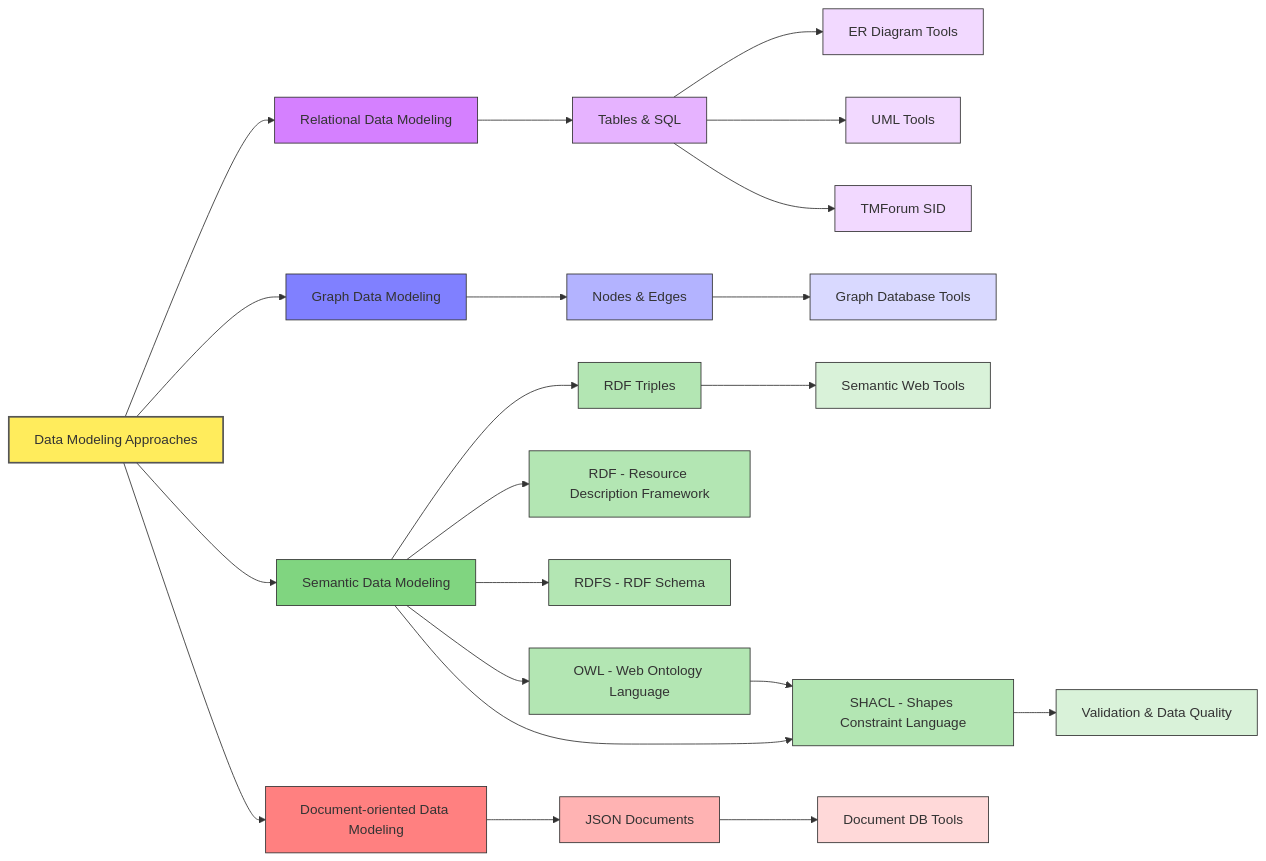
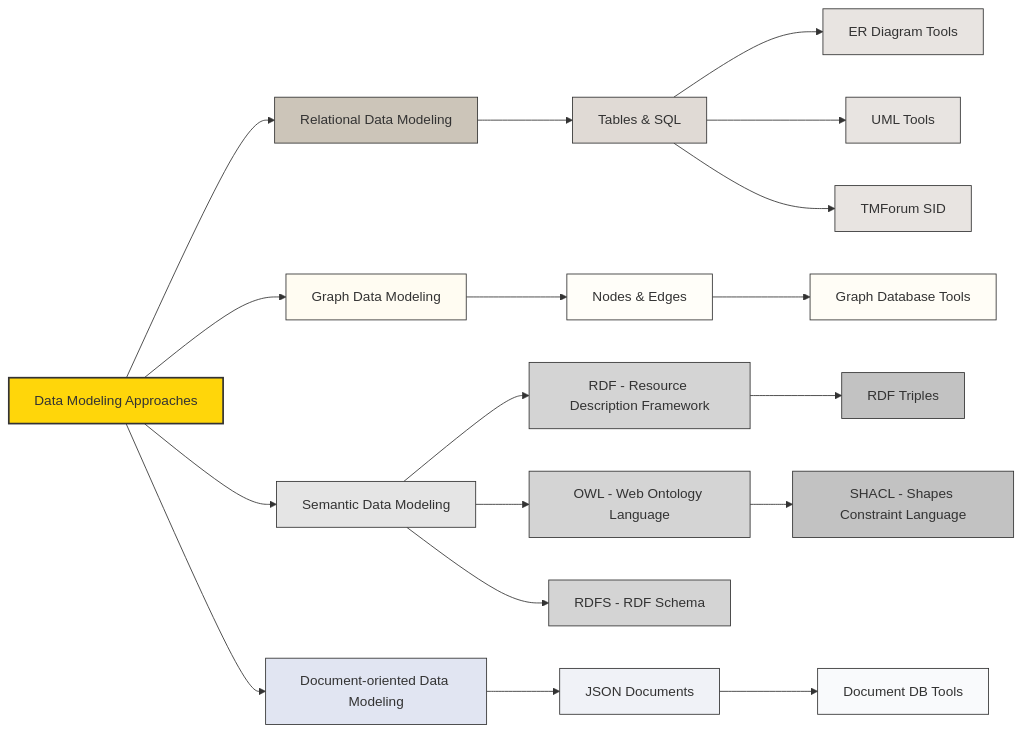
One commit to kanad13/data_modeling changed the first of 2 diagrams in readme.md. Above: the diagram before and after it, drawn with Mermaid. The commit also changed other lines of this file and 1 other file, not shown here.

Commit message:
hyperlinks added

````diff
--- a/readme.md
+++ b/readme.md
@@ -12,67 +12,67 @@
 ```mermaid
 graph LR
     %% Main node
     DM[Data Modeling Approaches]
-
-    %% Main approaches
-    RDM[Relational Data Modeling]
-    GDM[Graph Data Modeling]
-    SDM[Semantic Data Modeling]
-    DDM[Document-oriented Data Modeling]
+    style DM fill:#ffd60a,stroke:#333,stroke-width:2px
 
     %% First level connections
     DM --> RDM
     DM --> GDM
     DM --> SDM
     DM --> DDM
 
-    %% Implementations
-    RDM --> Tables[Tables & SQL]
-    GDM --> NodesEdges[Nodes & Edges]
-    SDM --> Triples[RDF Triples]
-    DDM --> Documents[JSON Documents]
+    %% Main approaches - Parent Level 1
+    RDM[Relational Data Modeling]
+    GDM[Graph Data Modeling]
+    SDM[Semantic Data Modeling]
+    DDM[Document-oriented Data Modeling]
+    style RDM fill:#ccc5b9,stroke:#333,stroke-width:1px,color:#333
+    style GDM fill:#fffcf2,stroke:#333,stroke-width:1px,color:#333
+    style SDM fill:#e5e5e5,stroke:#333,stroke-width:1px,color:#333
+    style DDM fill:#e1e5f2,stroke:#333,stroke-width:1px,color:#333
 
-    %% Tools and Technologies
-    Tables --> ERTools[ER Diagram Tools]
-    Tables --> UMLTools[UML Tools]
-    Tables --> TMFSID[TMForum SID]
-    NodesEdges --> GraphTools[Graph Database Tools]
-    Triples --> SemanticTools[Semantic Web Tools]
-    Documents --> DocumentTools[Document DB Tools]
+    %% First level Implementations - Parent Level 2
+    Tables[Tables & SQL]
+    NodesEdges[Nodes & Edges]
+    Documents[JSON Documents]
+    RDM --> Tables
+    GDM --> NodesEdges
+    DDM --> Documents
+    style Tables fill:#e0dad5,stroke:#333,stroke-width:1px,color:#333
+    style NodesEdges fill:#fffef9,stroke:#333,stroke-width:1px,color:#333
+    style Documents fill:#f0f2f7,stroke:#333,stroke-width:1px,color:#333
 
-    %% Semantic Data Modeling specifics
-    SDM --> RDF[RDF - Resource Description Framework]
-    SDM --> RDFS[RDFS - RDF Schema]
-    SDM --> OWL[OWL - Web Ontology Language]
-    SDM --> SHACL[SHACL - Shapes Constraint Language]
+    %% Tools and Technologies & Semantic specifics - Parent Level 3
+    ERTools[ER Diagram Tools]
+    UMLTools[UML Tools]
+    TMFSID[TMForum SID]
+    GraphTools[Graph Database Tools]
+    DocumentTools[Document DB Tools]
+    RDF[RDF - Resource Description Framework]
+    RDFS[RDFS - RDF Schema]
+    OWL[OWL - Web Ontology Language]
+    Tables --> ERTools
+    Tables --> UMLTools
+    Tables --> TMFSID
+    NodesEdges --> GraphTools
+    Documents --> DocumentTools
+    SDM --> RDF
+    SDM --> RDFS
+    SDM --> OWL
+    style ERTools fill:#e8e4e1,stroke:#333,stroke-width:1px,color:#333
+    style UMLTools fill:#e8e4e1,stroke:#333,stroke-width:1px,color:#333
+    style TMFSID fill:#e8e4e1,stroke:#333,stroke-width:1px,color:#333
+    style GraphTools fill:#fffdf6,stroke:#333,stroke-width:1px,color:#333
+    style DocumentTools fill:#f9fafc,stroke:#333,stroke-width:1px,color:#333
+    style RDF fill:#d4d4d4,stroke:#333,stroke-width:1px,color:#333
+    style RDFS fill:#d4d4d4,stroke:#333,stroke-width:1px,color:#333
+    style OWL fill:#d4d4d4,stroke:#333,stroke-width:1px,color:#333
+
+    %% Semantic Data Modeling specifics - Deeper Level 4
+    Triples[RDF Triples]
+    SHACL[SHACL - Shapes Constraint Language]
+    RDF --> Triples
     OWL --> SHACL
-    SHACL --> Validation[Validation & Data Quality]
-
-    %% Styling main node
-    style DM fill:#ffec5c,stroke:#555,stroke-width:2px
-
-    %% Level 1 - Main approach nodes (darker shades)
-    style RDM fill:#d580ff,stroke:#333,stroke-width:1px
-    style GDM fill:#8080ff,stroke:#333,stroke-width:1px
-    style SDM fill:#80d580,stroke:#333,stroke-width:1px
-    style DDM fill:#ff8080,stroke:#333,stroke-width:1px
-
-    %% Level 2 - Implementation nodes (medium shades)
-    style Tables fill:#e6b3ff,stroke:#333,stroke-width:1px
-    style NodesEdges fill:#b3b3ff,stroke:#333,stroke-width:1px
-    style Triples fill:#b3e6b3,stroke:#333,stroke-width:1px
-    style Documents fill:#ffb3b3,stroke:#333,stroke-width:1px
-    style RDF fill:#b3e6b3,stroke:#333,stroke-width:1px
-    style RDFS fill:#b3e6b3,stroke:#333,stroke-width:1px
-    style OWL fill:#b3e6b3,stroke:#333,stroke-width:1px
-    style SHACL fill:#b3e6b3,stroke:#333,stroke-width:1px
-
-    %% Level 3 - Tool nodes (lightest shades)
-    style ERTools fill:#f2d9ff,stroke:#333,stroke-width:1px
-    style UMLTools fill:#f2d9ff,stroke:#333,stroke-width:1px
-    style TMFSID fill:#f2d9ff,stroke:#333,stroke-width:1px
-    style GraphTools fill:#d9d9ff,stroke:#333,stroke-width:1px
-    style SemanticTools fill:#d9f2d9,stroke:#333,stroke-width:1px
-    style DocumentTools fill:#ffd9d9,stroke:#333,stroke-width:1px
-    style Validation fill:#d9f2d9,stroke:#333,stroke-width:1px
+    style Triples fill:#c2c2c2,stroke:#333,stroke-width:1px,color:#333
+    style SHACL fill:#c2c2c2,stroke:#333,stroke-width:1px,color:#333
 ```
````
